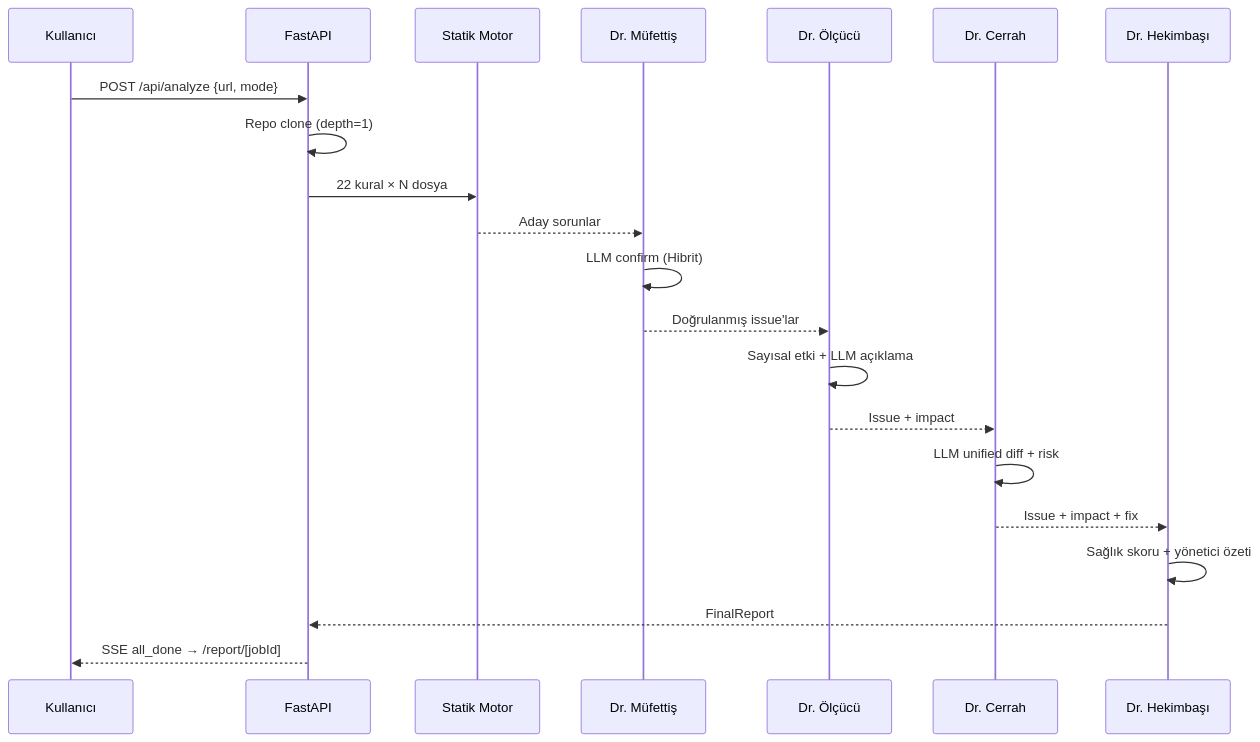
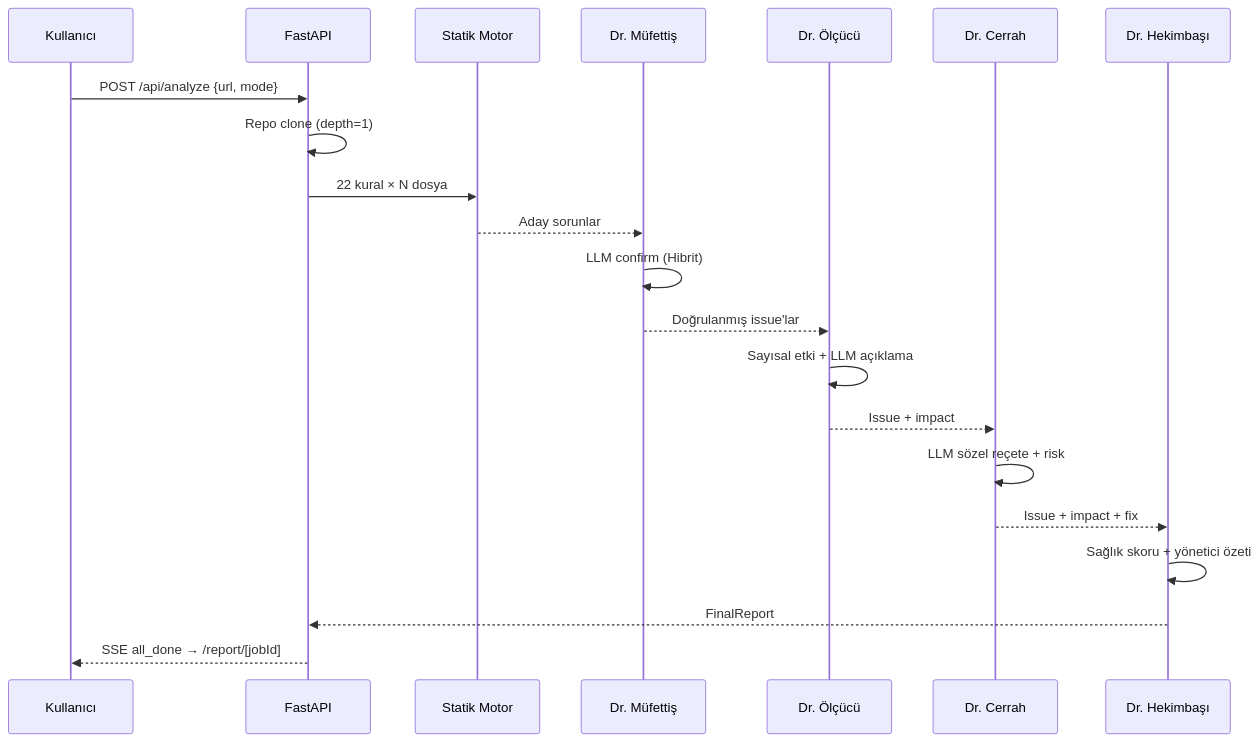
The second of 2 diagrams in docs/architecture.md (MaNga-003/Kod-Hekim), drawn with Mermaid before and after one commit. The commit also changed other lines of this file and 4 other files, not shown here.

````diff
--- a/docs/architecture.md
+++ b/docs/architecture.md
@@ -49,24 +49,24 @@
 ```mermaid
 sequenceDiagram
     participant U as Kullanıcı
     participant API as FastAPI
     participant SE as Statik Motor
     participant Pf as Dr. Müfettiş
     participant Im as Dr. Ölçücü
     participant Su as Dr. Cerrah
     participant Hk as Dr. Hekimbaşı
 
     U->>API: POST /api/analyze {url, mode}
     API->>API: Repo clone (depth=1)
     API->>SE: 22 kural × N dosya
     SE-->>Pf: Aday sorunlar
     Pf->>Pf: LLM confirm (Hibrit)
     Pf-->>Im: Doğrulanmış issue'lar
     Im->>Im: Sayısal etki + LLM açıklama
     Im-->>Su: Issue + impact
-    Su->>Su: LLM unified diff + risk
+    Su->>Su: LLM sözel reçete + risk
     Su-->>Hk: Issue + impact + fix
     Hk->>Hk: Sağlık skoru + yönetici özeti
     Hk-->>API: FinalReport
     API-->>U: SSE all_done → /report/[jobId]
 ```
````
